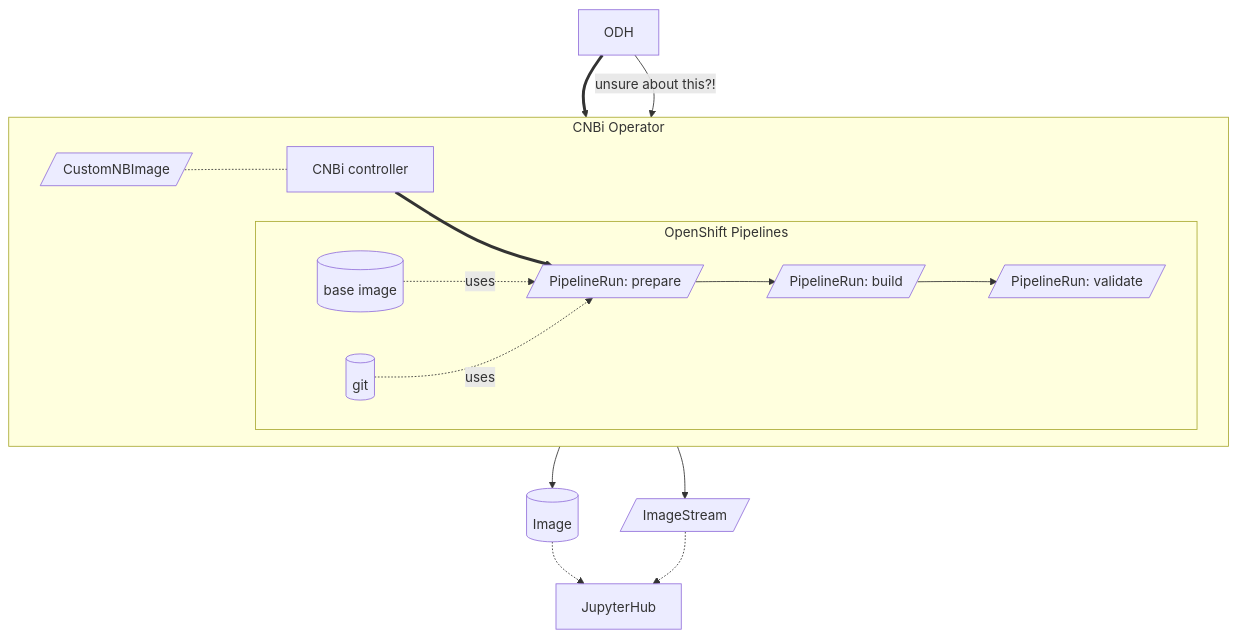
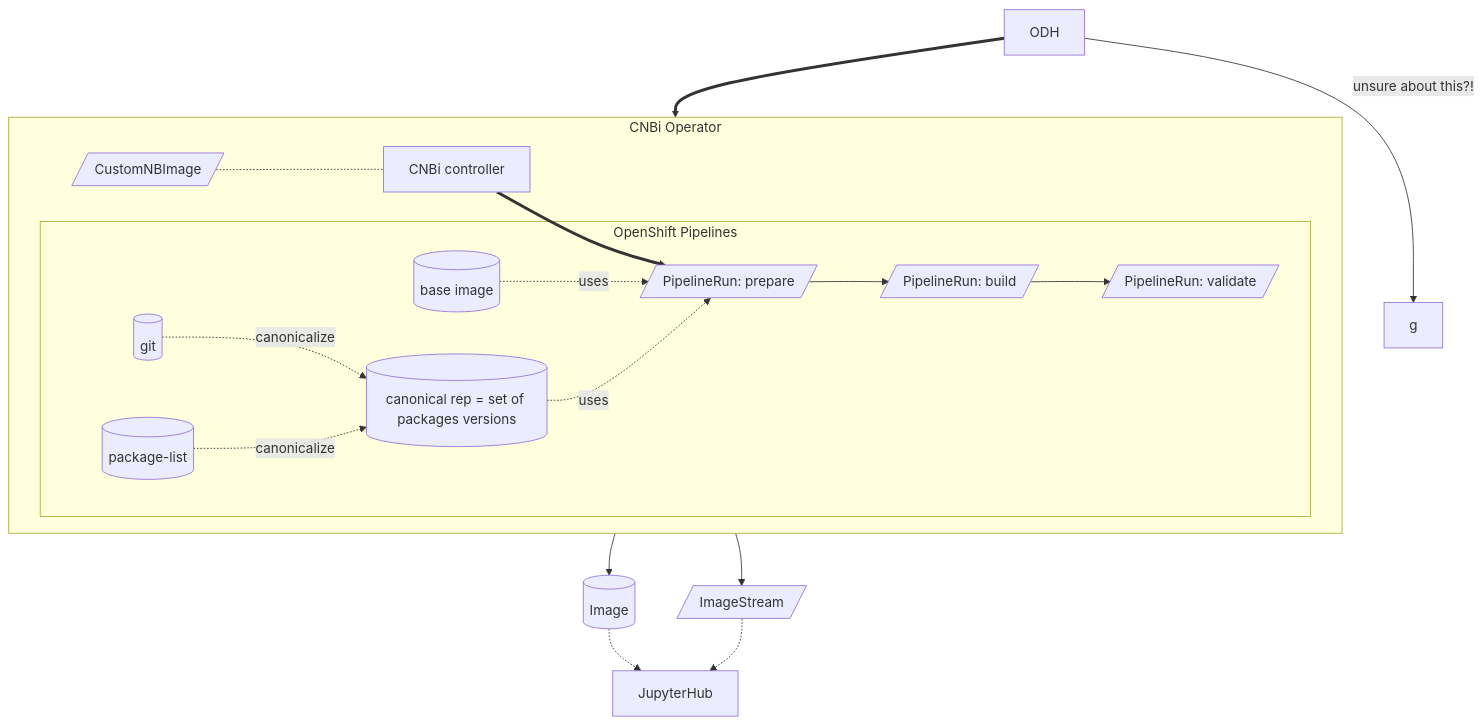
Before and after one commit to thoth-station/opendatahub-cnbi: the second of 6 diagrams in README.md, drawn with Mermaid.

Commit message:
Testing mermaid stuff

````diff
--- a/README.md
+++ b/README.md
@@ -64,15 +64,16 @@
 ```mermaid
 flowchart TB
     O[ODH] ==> CR[/CustomNBImage/]
     subgraph CNBi Operator
         direction LR
         CR -.- C[CNBi controller] ==> PRprepare[/PipelineRun: prepare/]
         subgraph OpenShift Pipelines
-            B[(base image)] & g[(git)] -.uses.-> PRprepare
+            S[(git)] & p[(package-list)] -.canonicalize.-> Crep
+            B[(base image)] & Crep[(canonical rep = set of packages versions)] -.uses.-> PRprepare
             PRprepare --> PRbuild[/PipelineRun: build/]
             PRbuild --> PRvalidate[/PipelineRun: validate/]
         end
     end
     PRvalidate --> I[(Image)] & IS[/ImageStream/] -.-> JH[JupyterHub]
     O --unsure about this?!--> g
 ```
````
